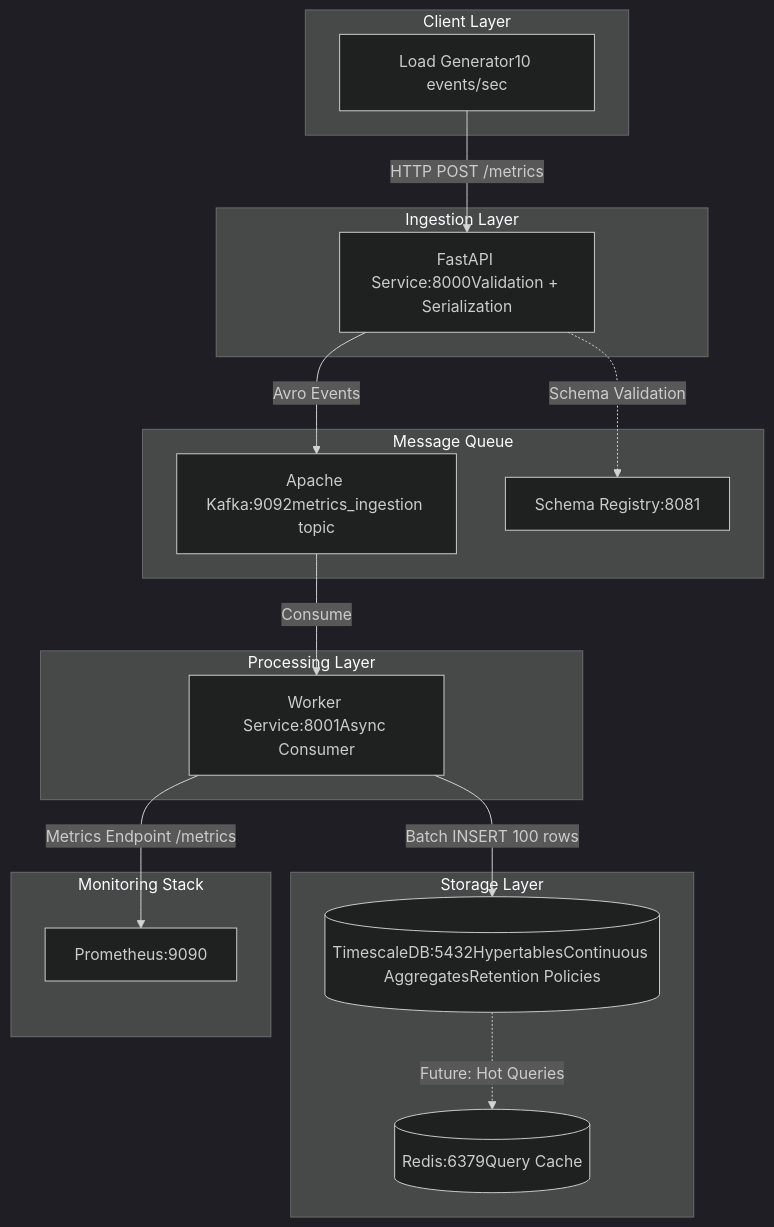
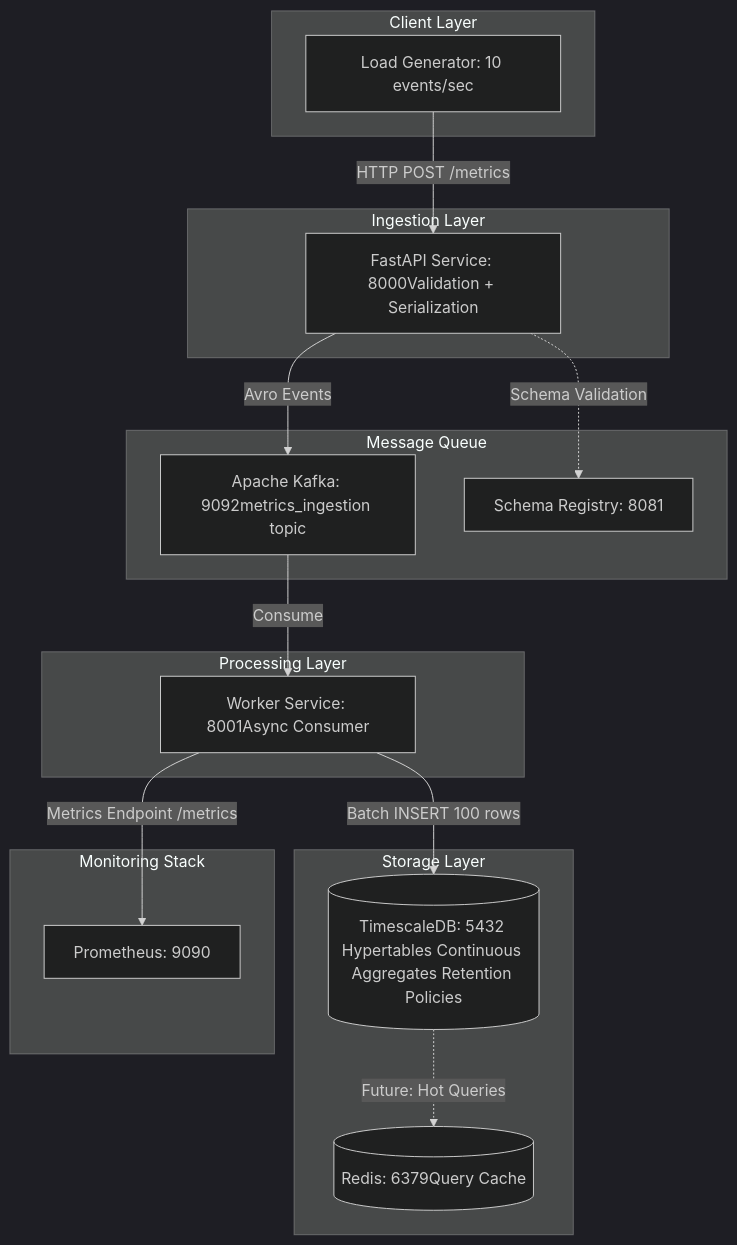
One commit to RonanRibouletPython/Realtime-Analytics-Platform-V2 changed the diagram in README.md. Above: the diagram before and after it, drawn with Mermaid (dark theme).

Commit message:
last update architecture mermaid

````diff
--- a/README.md
+++ b/README.md
@@ -10,36 +10,36 @@
 ```mermaid
 graph TB
     subgraph clients["Client Layer"]
-        LG[Load Generator10 events/sec]
+        LG[Load Generator: 10 events/sec]
     end
     
     subgraph ingestion["Ingestion Layer"]
-        API[FastAPI Service:8000Validation + Serialization]
+        API[FastAPI Service: 8000Validation + Serialization]
     end
     
     subgraph messaging["Message Queue"]
-        KAFKA[Apache Kafka:9092metrics_ingestion topic]
-        SR[Schema Registry:8081]
+        KAFKA[Apache Kafka: 9092metrics_ingestion topic]
+        SR[Schema Registry: 8081]
     end
     
     subgraph processing["Processing Layer"]
-        WORKER[Worker Service:8001Async Consumer]
+        WORKER[Worker Service: 8001Async Consumer]
     end
     
     subgraph storage["Storage Layer"]
-        TS[(TimescaleDB:5432HypertablesContinuous AggregatesRetention Policies)]
-        REDIS[(Redis:6379Query Cache)]
+        TS[(TimescaleDB: 5432 Hypertables Continuous Aggregates Retention Policies)]
+        REDIS[(Redis: 6379Query Cache)]
     end
     
     subgraph monitoring["Monitoring Stack"]
-        PROM[Prometheus:9090]
+        PROM[Prometheus: 9090]
     end
 
     LG -->|HTTP POST /metrics| API
     API -->|Avro Events| KAFKA
     API -.->|Schema Validation| SR
     KAFKA -->|Consume| WORKER
     WORKER -->|Batch INSERT 100 rows| TS
     WORKER -->|Metrics Endpoint /metrics| PROM
     TS -.->|Future: Hot Queries| REDIS
 ```
````
